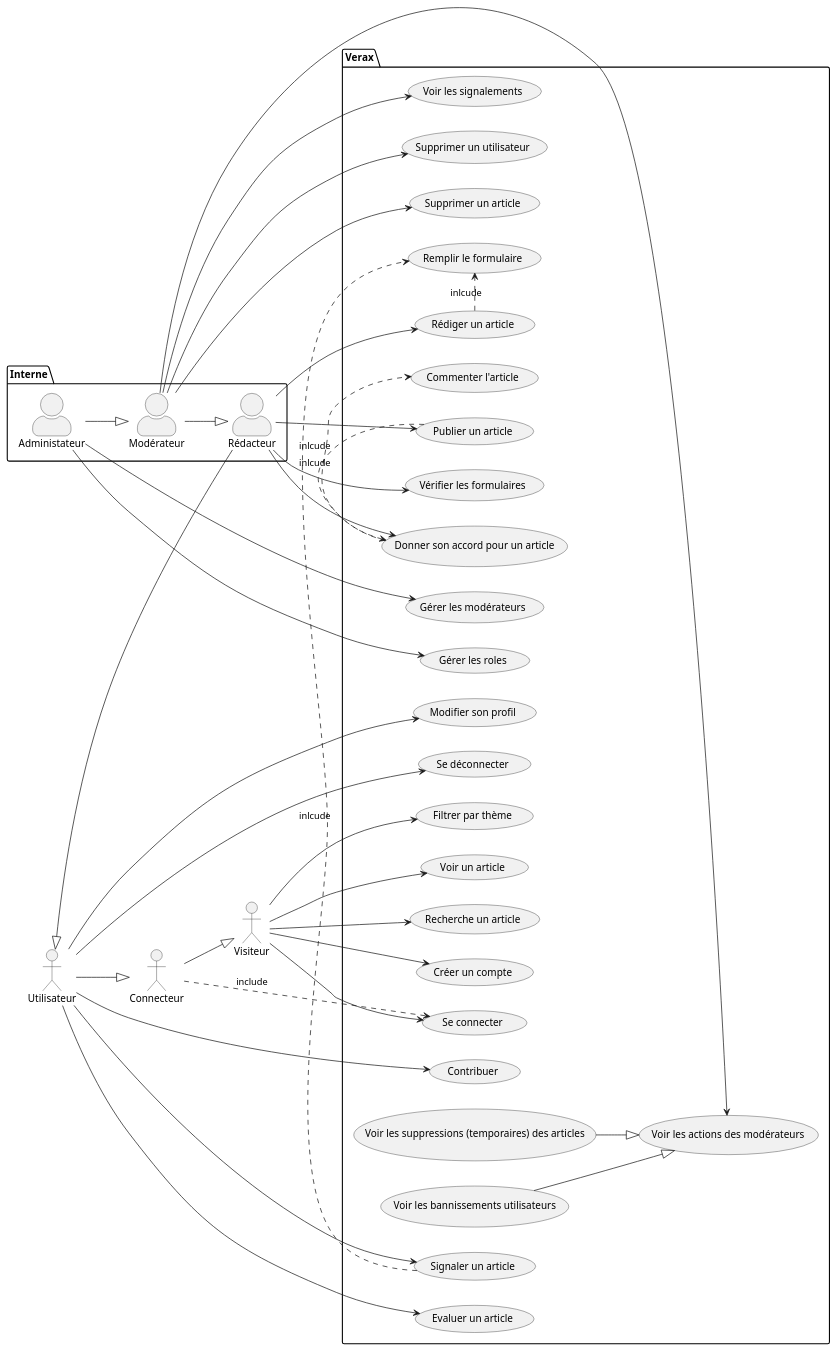
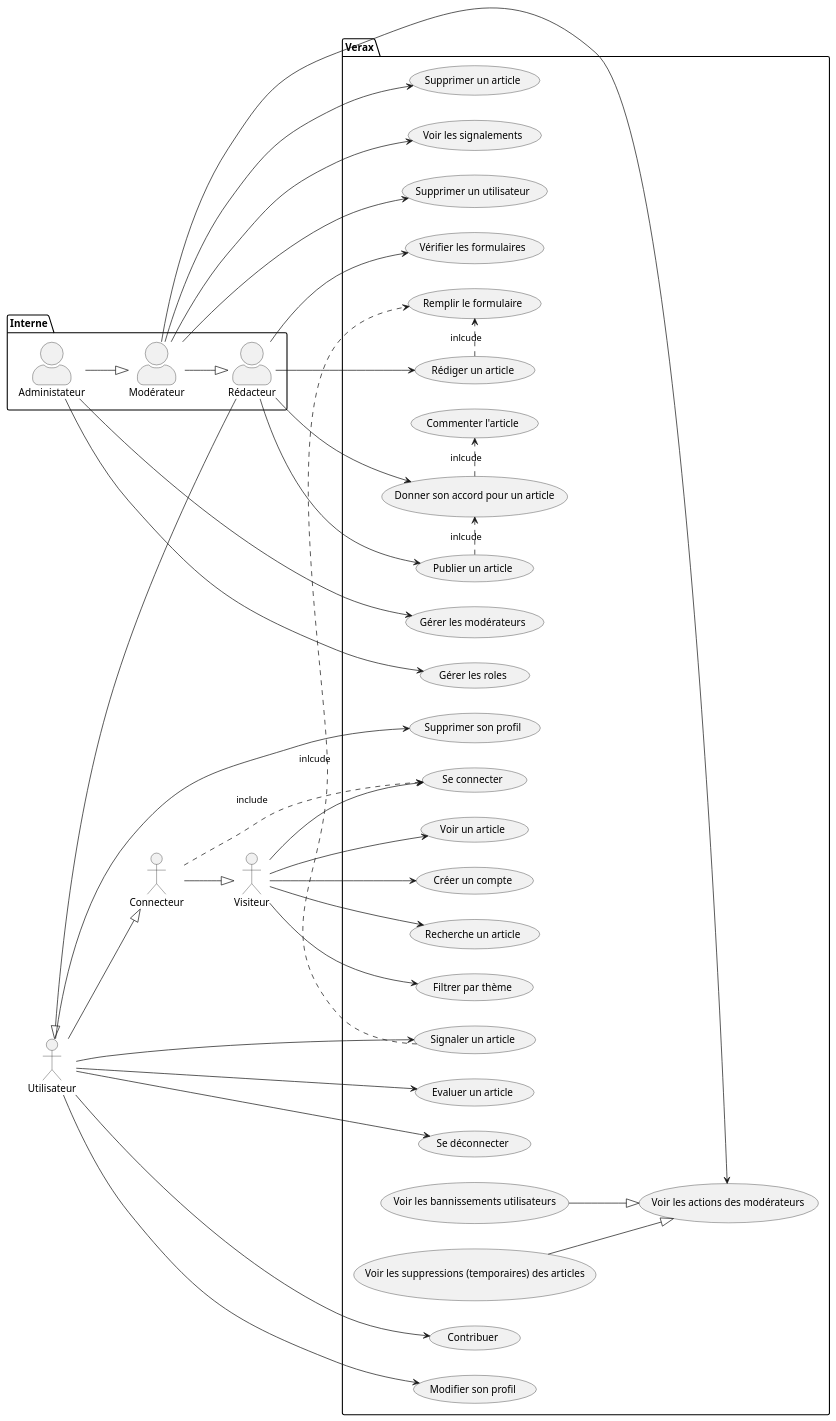
The diagram in Diagramme/casUtilisation.md (tonyfgs/Verax), drawn with PlantUML before and after one commit.

Commit message:
travail sur le diagramme..

```diff
--- a/Diagramme/casUtilisation.md
+++ b/Diagramme/casUtilisation.md
@@ -26,6 +26,7 @@
     usecase "Modifier son profil" as UC8
     usecase "Signaler un article" as UC9
     usecase "Se déconnecter" as UC24
+    usecase "Supprimer son profil" as UC25 
 
     usecase "Remplir le formulaire" as UC10
 
@@ -65,6 +66,7 @@
 u --> UC8
 u --> UC9
 u --> UC24
+u --> UC25
 
 UC9 .> UC10 : inlcude
 UC11 .> UC10 : inlcude
```
